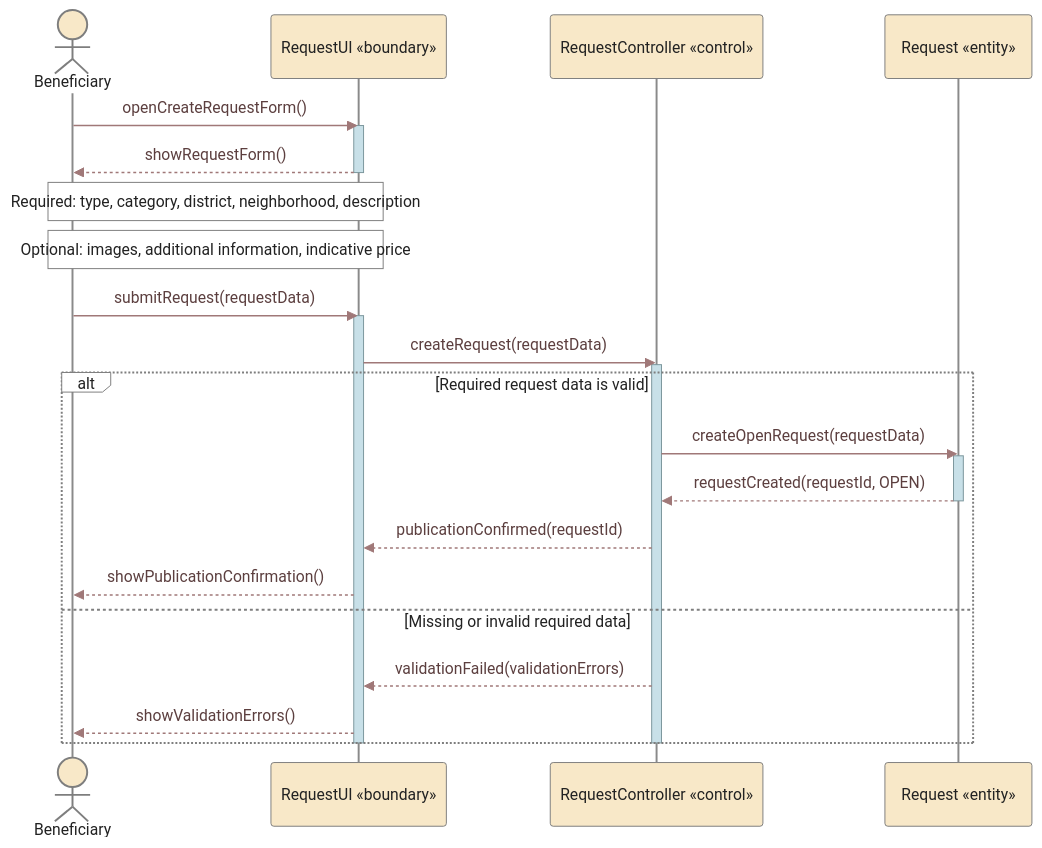
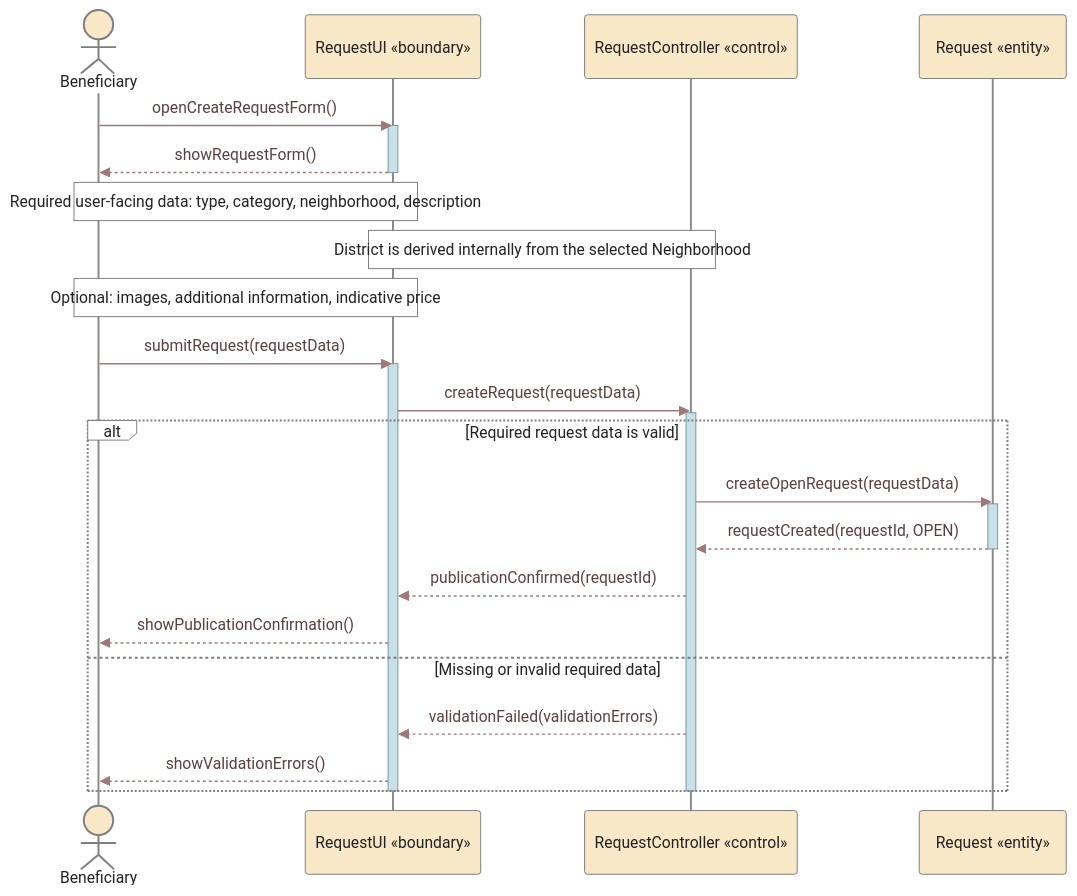
One commit to Yadd-SanaaUniversityGraduationProject/yadd changed the diagram in diagrams/03-analysis/uml/sequence/uc-02-create-request-sequence.md. Above: the diagram before and after it, drawn with Mermaid. The commit also changed other lines of this file, not shown here.

Commit message:
Synchronize UC-02 sequence with request location and lifecycle decisions

````diff
--- a/diagrams/03-analysis/uml/sequence/uc-02-create-request-sequence.md
+++ b/diagrams/03-analysis/uml/sequence/uc-02-create-request-sequence.md
@@ -17,36 +18,37 @@
 ```mermaid
 %%{init: {"theme":"base","themeVariables":{"background":"#FFFFFF","fontFamily":"Arial","actorBkg":"#F8E8C8","actorBorder":"#7E7E7E","actorTextColor":"#222222","actorLineColor":"#8A8A8A","signalColor":"#A07878","signalTextColor":"#5C3F3F","labelBoxBkgColor":"#FFFFFF","labelBoxBorderColor":"#7E7E7E","labelTextColor":"#222222","loopTextColor":"#222222","noteBkgColor":"#FFFFFF","noteBorderColor":"#7E7E7E","noteTextColor":"#222222","activationBkgColor":"#C8E0E8","activationBorderColor":"#7B969C","sequenceNumberColor":"#222222"}}}%%
 sequenceDiagram
     actor B as Beneficiary
     participant UI as RequestUI «boundary»
     participant C as RequestController «control»
     participant R as Request «entity»
 
     B->>UI: openCreateRequestForm()
     activate UI
     UI-->>B: showRequestForm()
     deactivate UI
 
-    Note over B,UI: Required: type, category, district, neighborhood, description
+    Note over B,UI: Required user-facing data: type, category, neighborhood, description
+    Note over UI,C: District is derived internally from the selected Neighborhood
     Note over B,UI: Optional: images, additional information, indicative price
 
     B->>UI: submitRequest(requestData)
     activate UI
     UI->>C: createRequest(requestData)
     activate C
 
     alt Required request data is valid
         C->>R: createOpenRequest(requestData)
         activate R
         R-->>C: requestCreated(requestId, OPEN)
         deactivate R
         C-->>UI: publicationConfirmed(requestId)
         UI-->>B: showPublicationConfirmation()
     else Missing or invalid required data
         C-->>UI: validationFailed(validationErrors)
         UI-->>B: showValidationErrors()
     end
 
     deactivate C
     deactivate UI
 ```
````
